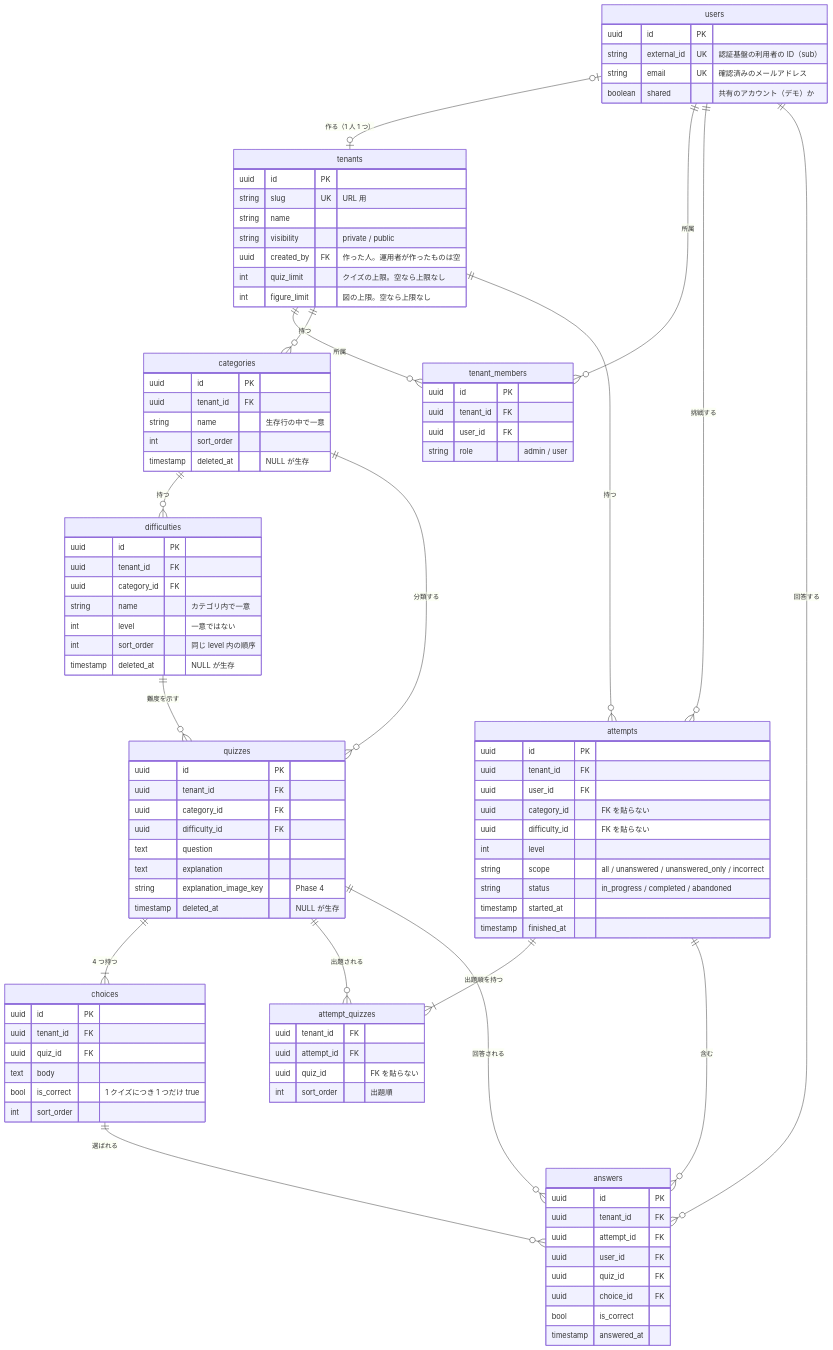
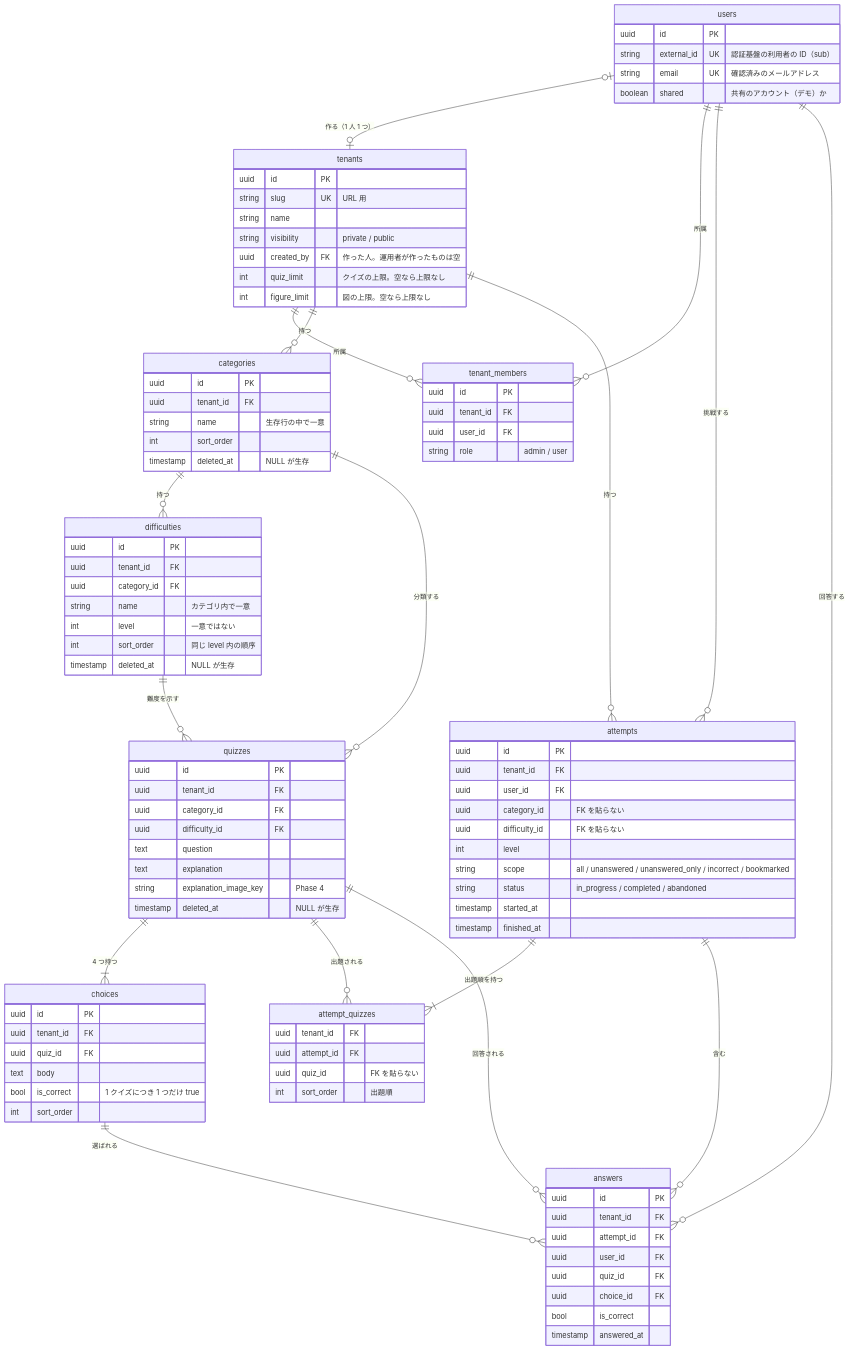
The diagram in docs/domain-model.md (fujitamasayoshi0402/quiz-app), drawn with Mermaid before and after one commit. The commit also changed other lines of this file and 31 other files, not shown here.

```diff
--- a/docs/domain-model.md
+++ b/docs/domain-model.md
@@ -405,7 +417,7 @@
         uuid category_id "FK を貼らない"
         uuid difficulty_id "FK を貼らない"
         int level
-        string scope "all / unanswered / unanswered_only / incorrect"
+        string scope "all / unanswered / unanswered_only / incorrect / bookmarked"
         string status "in_progress / completed / abandoned"
         timestamp started_at
         timestamp finished_at
```
